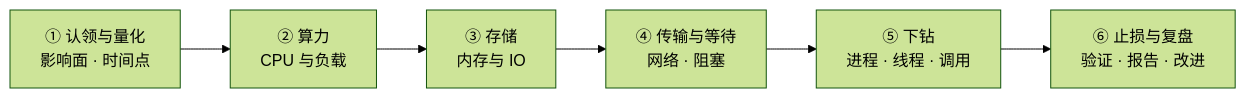
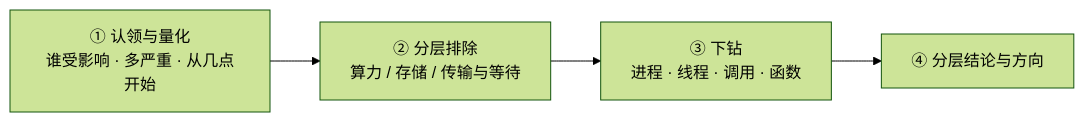
One commit to realtyz/ops-manual changed the first of 2 diagrams in Linux/10_性能分析与排障/00_导读与知识地图.md. Above: the diagram before and after it, drawn with Mermaid (forest theme). The commit also changed other lines of this file and 110 other files, not shown here.

````diff
--- a/Linux/10_性能分析与排障/00_导读与知识地图.md
+++ b/Linux/10_性能分析与排障/00_导读与知识地图.md
@@ -68,8 +19,6 @@
 ```mermaid
 flowchart LR
-  A["① 认领与量化<br/>影响面 · 时间点"] --> B["② 算力<br/>CPU 与负载"]
-  B --> C["③ 存储<br/>内存与 IO"]
-  C --> D["④ 传输与等待<br/>网络 · 阻塞"]
-  D --> E["⑤ 下钻<br/>进程 · 线程 · 调用"]
-  E --> F["⑥ 止损与复盘<br/>验证 · 报告 · 改进"]
+  A["① 认领与量化<br/>谁受影响 · 多严重 · 从几点开始"] --> B["② 分层排除<br/>算力 / 存储 / 传输与等待"]
+  B --> C["③ 下钻<br/>进程 · 线程 · 调用 · 函数"]
+  C --> D["④ 分层结论与方向"]
 ```
````
